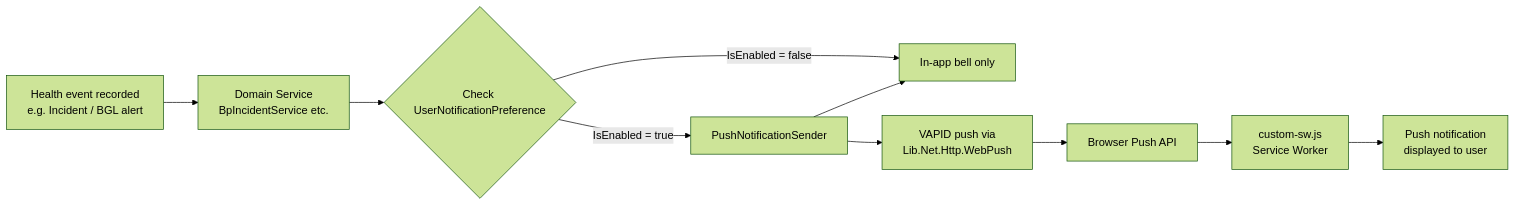
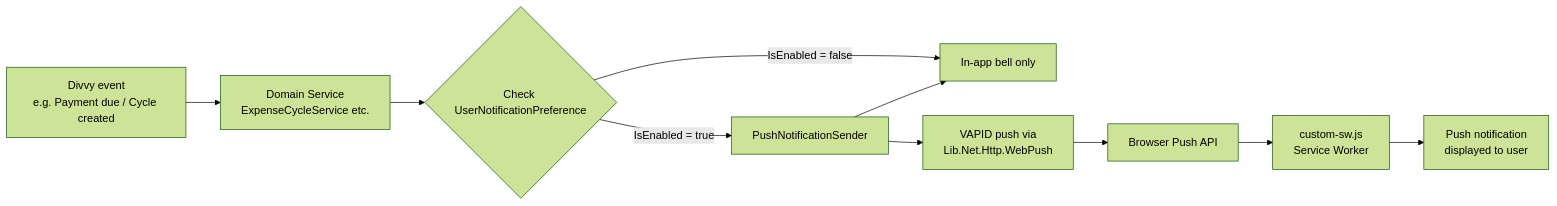
The third of 4 diagrams in docs/technical documents/Architecture.md (CarolineChirenje/blueprint1989), drawn with Mermaid (forest theme) before and after one commit. The commit also changed other lines of this file and 27 other files, not shown here.

````diff
--- a/docs/technical documents/Architecture.md
+++ b/docs/technical documents/Architecture.md
@@ -258,12 +235,12 @@
 ```mermaid
 flowchart LR
-    A[Health event recorded\ne.g. Incident / BGL alert] --> B[Domain Service\nBpIncidentService etc.]
+    A[Divvy event\ne.g. Payment due / Cycle created] --> B[Domain Service\nExpenseCycleService etc.]
     B --> C{Check UserNotificationPreference}
     C -->|IsEnabled = true| D[PushNotificationSender]
     C -->|IsEnabled = false| E[In-app bell only]
     D --> F[VAPID push via\nLib.Net.Http.WebPush]
     F --> G[Browser Push API]
     G --> H[custom-sw.js\nService Worker]
     H --> I[Push notification\ndisplayed to user]
     D --> E
 ```
````
